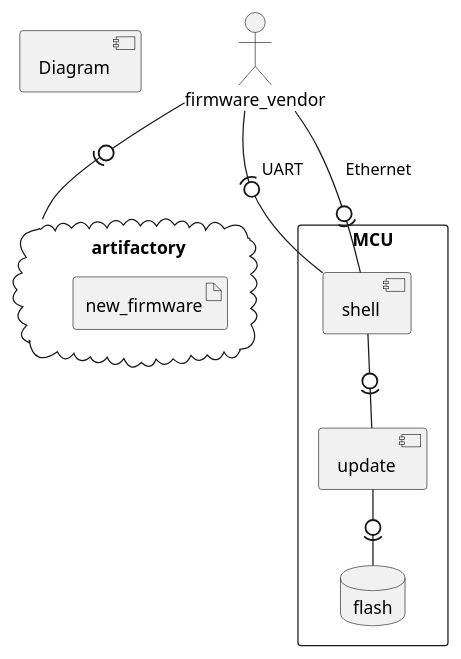
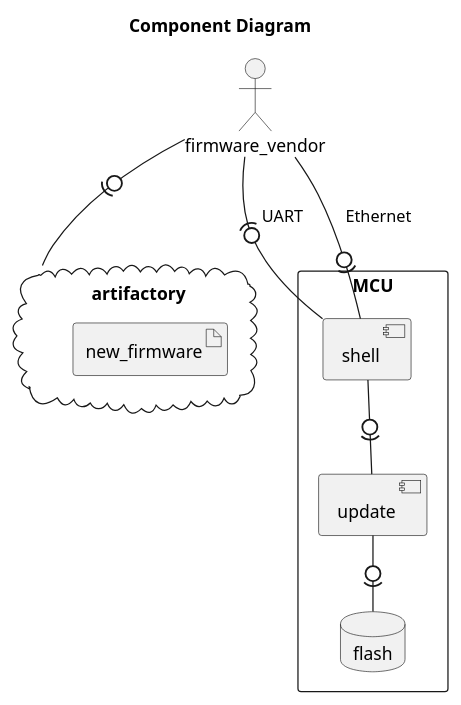
The diagram in Requirements.md (TRENT-OS/doc_templates), drawn with PlantUML before and after one commit. The commit also changed 1 other file, not shown here.

```diff
--- a/Requirements.md
+++ b/Requirements.md
@@ -19,25 +19,25 @@
 @startuml
-Component Diagram
+title Component Diagram
 
 actor firmware_vendor
 
 cloud artifactory {
     artifact new_firmware
 }
 
 rectangle MCU {
     component shell
     component update
 
     database flash
 }
 
 firmware_vendor -0)- artifactory
 
 firmware_vendor     -(0- shell : UART
 firmware_vendor     -0)- shell : Ethernet
 
 shell -0)- update
 update -0)- flash
 
 @enduml
```
